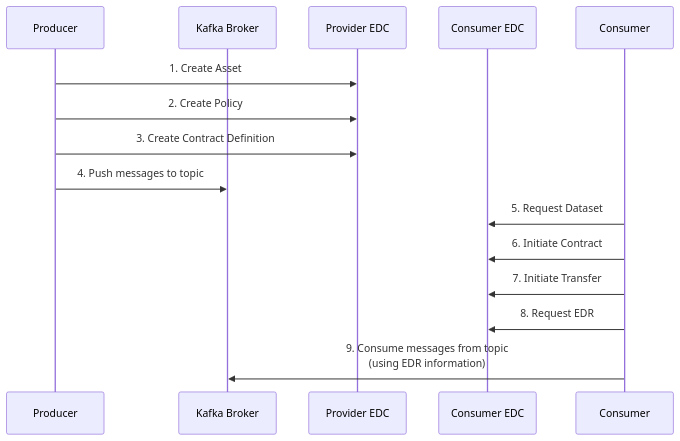
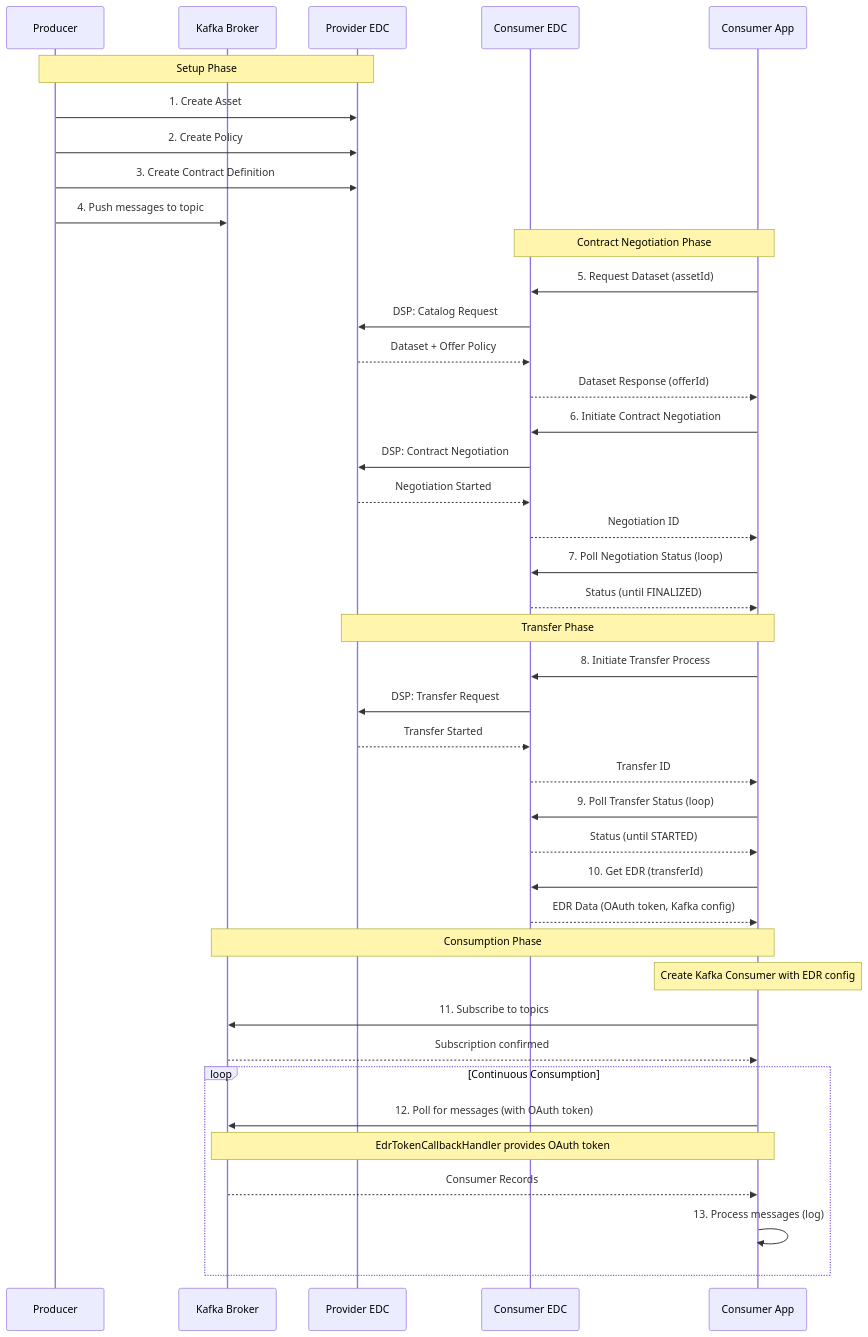
The diagram in docs/administration/kafka-consumer-producer-apps.md (eclipse-tractusx/tractusx-edc-kafka-extension), drawn with Mermaid before and after one commit. The commit also changed other lines of this file and 10 other files, not shown here.

First line of the commit message:
docs: update Helm deployment documentation and add EDC Kafka demo tests (#108)

````diff
--- a/docs/administration/kafka-consumer-producer-apps.md
+++ b/docs/administration/kafka-consumer-producer-apps.md
@@ -88,17 +79,52 @@
 ```mermaid
 sequenceDiagram
     participant Producer
     participant Kafka Broker
     participant Provider EDC
     participant Consumer EDC
-    participant Consumer
+    participant Consumer App
+    
+    Note over Producer,Provider EDC: Setup Phase
     Producer ->> Provider EDC: 1. Create Asset
     Producer ->> Provider EDC: 2. Create Policy
     Producer ->> Provider EDC: 3. Create Contract Definition
     Producer ->> Kafka Broker: 4. Push messages to topic
-    Consumer ->> Consumer EDC: 5. Request Dataset
-    Consumer ->> Consumer EDC: 6. Initiate Contract
-    Consumer ->> Consumer EDC: 7. Initiate Transfer
-    Consumer ->> Consumer EDC: 8. Request EDR
-    Consumer ->> Kafka Broker: 9. Consume messages from topic<br/>(using EDR information)
+    
+    Note over Consumer App,Consumer EDC: Contract Negotiation Phase
+    Consumer App ->> Consumer EDC: 5. Request Dataset (assetId)
+    Consumer EDC ->> Provider EDC: DSP: Catalog Request
+    Provider EDC -->> Consumer EDC: Dataset + Offer Policy
+    Consumer EDC -->> Consumer App: Dataset Response (offerId)
+    
+    Consumer App ->> Consumer EDC: 6. Initiate Contract Negotiation
+    Consumer EDC ->> Provider EDC: DSP: Contract Negotiation
+    Provider EDC -->> Consumer EDC: Negotiation Started
+    Consumer EDC -->> Consumer App: Negotiation ID
+    
+    Consumer App ->> Consumer EDC: 7. Poll Negotiation Status (loop)
+    Consumer EDC -->> Consumer App: Status (until FINALIZED)
+    
+    Note over Consumer App,Provider EDC: Transfer Phase
+    Consumer App ->> Consumer EDC: 8. Initiate Transfer Process
+    Consumer EDC ->> Provider EDC: DSP: Transfer Request
+    Provider EDC -->> Consumer EDC: Transfer Started
+    Consumer EDC -->> Consumer App: Transfer ID
+    
+    Consumer App ->> Consumer EDC: 9. Poll Transfer Status (loop)
+    Consumer EDC -->> Consumer App: Status (until STARTED)
+    
+    Consumer App ->> Consumer EDC: 10. Get EDR (transferId)
+    Consumer EDC -->> Consumer App: EDR Data (OAuth token, Kafka config)
+    
+    Note over Consumer App,Kafka Broker: Consumption Phase
+    Note over Consumer App: Create Kafka Consumer with EDR config
+    Consumer App ->> Kafka Broker: 11. Subscribe to topics
+    Kafka Broker -->> Consumer App: Subscription confirmed
+    
+    loop Continuous Consumption
+        Consumer App ->> Kafka Broker: 12. Poll for messages (with OAuth token)
+        Note over Consumer App,Kafka Broker: EdrTokenCallbackHandler provides OAuth token
+        Kafka Broker -->> Consumer App: Consumer Records
+        Consumer App ->> Consumer App: 13. Process messages (log)
+    end
 ```
````
